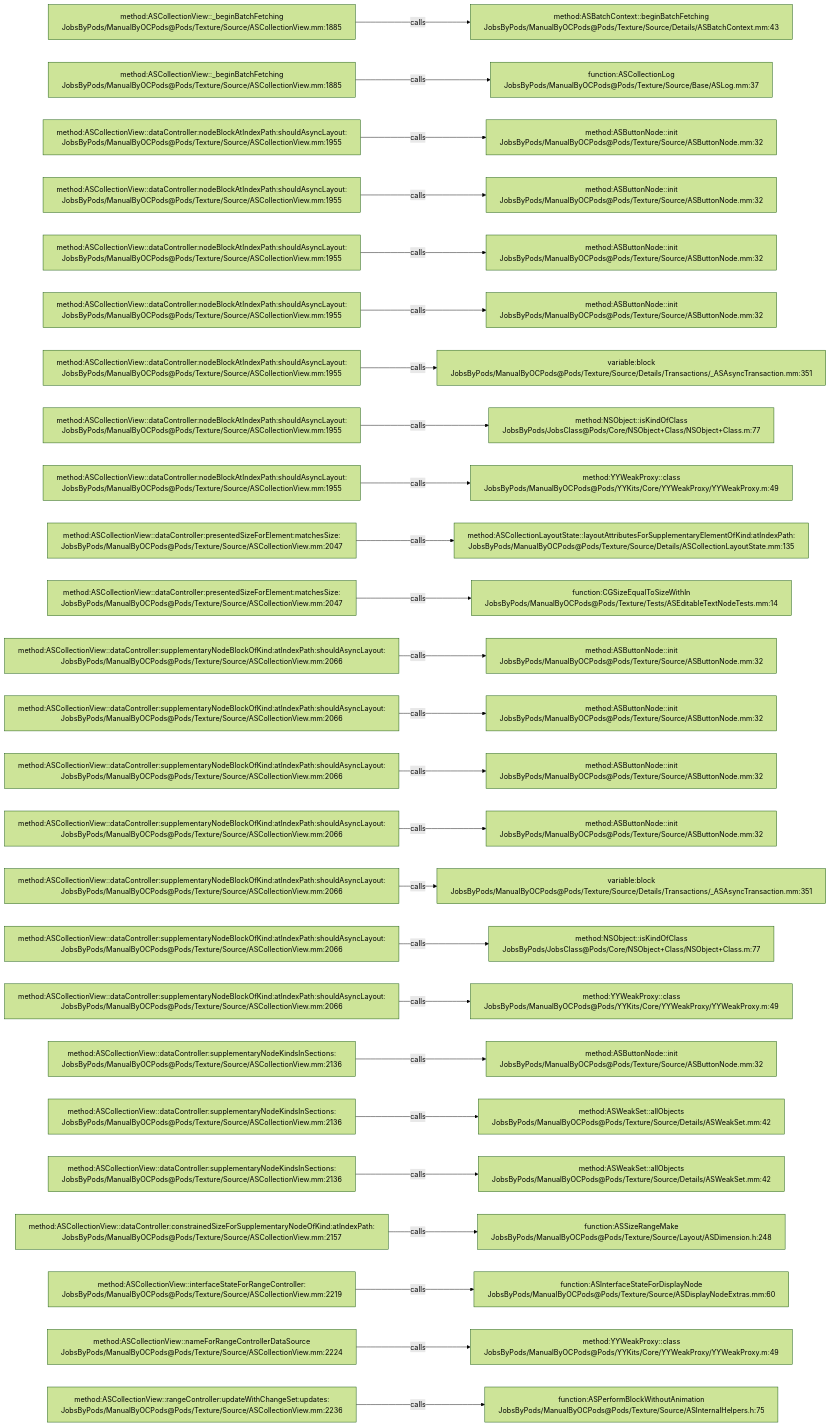
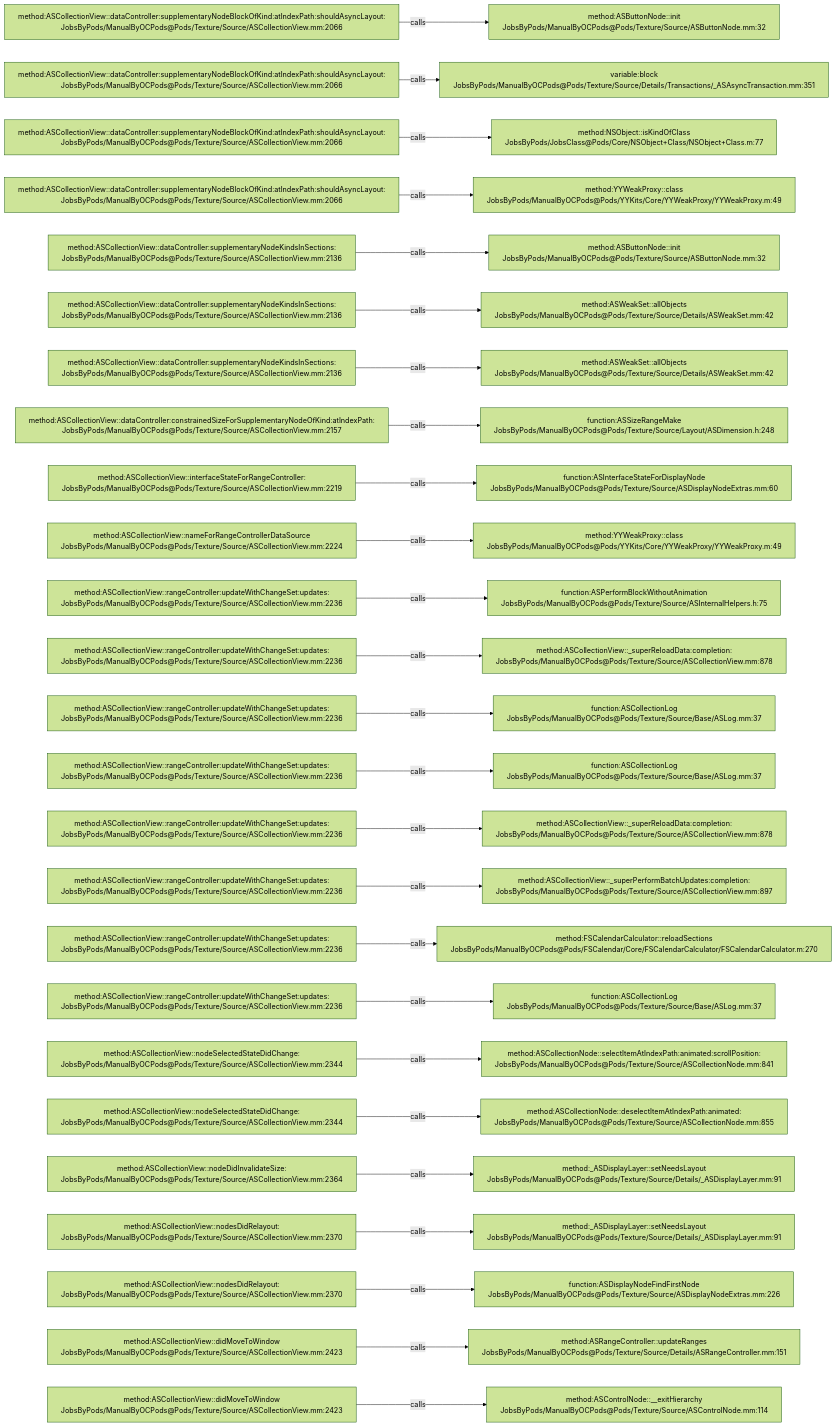
Before and after one commit to JobsKits/JobsOCBaseConfigDemo: the diagram in .codegraph/codegraph.md/graphs/calls-085.md, drawn with Mermaid (forest theme). The commit also changed 296 other files, not shown here.

````diff
--- a/.codegraph/codegraph.md/graphs/calls-085.md
+++ b/.codegraph/codegraph.md/graphs/calls-085.md
@@ -13,78 +13,78 @@
 ```mermaid
 flowchart LR
-  S1["method:ASCollectionView::_beginBatchFetching<br/>JobsByPods/ManualByOCPods@Pods/Texture/Source/ASCollectionView.mm:1885"]
-  T1["method:ASBatchContext::beginBatchFetching<br/>JobsByPods/ManualByOCPods@Pods/Texture/Source/Details/ASBatchContext.mm:43"]
+  S1["method:ASCollectionView::dataController:supplementaryNodeBlockOfKind:atIndexPath:shouldAsyncLayout:<br/>JobsByPods/ManualByOCPods@Pods/Texture/Source/ASCollectionView.mm:2066"]
+  T1["method:ASButtonNode::init<br/>JobsByPods/ManualByOCPods@Pods/Texture/Source/ASButtonNode.mm:32"]
   S1 -->|calls| T1
-  S2["method:ASCollectionView::_beginBatchFetching<br/>JobsByPods/ManualByOCPods@Pods/Texture/Source/ASCollectionView.mm:1885"]
-  T2["function:ASCollectionLog<br/>JobsByPods/ManualByOCPods@Pods/Texture/Source/Base/ASLog.mm:37"]
+  S2["method:ASCollectionView::dataController:supplementaryNodeBlockOfKind:atIndexPath:shouldAsyncLayout:<br/>JobsByPods/ManualByOCPods@Pods/Texture/Source/ASCollectionView.mm:2066"]
+  T2["variable:block<br/>JobsByPods/ManualByOCPods@Pods/Texture/Source/Details/Transactions/_ASAsyncTransaction.mm:351"]
   S2 -->|calls| T2
-  S3["method:ASCollectionView::dataController:nodeBlockAtIndexPath:shouldAsyncLayout:<br/>JobsByPods/ManualByOCPods@Pods/Texture/Source/ASCollectionView.mm:1955"]
-  T3["method:ASButtonNode::init<br/>JobsByPods/ManualByOCPods@Pods/Texture/Source/ASButtonNode.mm:32"]
+  S3["method:ASCollectionView::dataController:supplementaryNodeBlockOfKind:atIndexPath:shouldAsyncLayout:<br/>JobsByPods/ManualByOCPods@Pods/Texture/Source/ASCollectionView.mm:2066"]
+  T3["method:NSObject::isKindOfClass<br/>JobsByPods/JobsClass@Pods/Core/NSObject+Class/NSObject+Class.m:77"]
   S3 -->|calls| T3
-  S4["method:ASCollectionView::dataController:nodeBlockAtIndexPath:shouldAsyncLayout:<br/>JobsByPods/ManualByOCPods@Pods/Texture/Source/ASCollectionView.mm:1955"]
-  T4["method:ASButtonNode::init<br/>JobsByPods/ManualByOCPods@Pods/Texture/Source/ASButtonNode.mm:32"]
+  S4["method:ASCollectionView::dataController:supplementaryNodeBlockOfKind:atIndexPath:shouldAsyncLayout:<br/>JobsByPods/ManualByOCPods@Pods/Texture/Source/ASCollectionView.mm:2066"]
+  T4["method:YYWeakProxy::class<br/>JobsByPods/ManualByOCPods@Pods/YYKits/Core/YYWeakProxy/YYWeakProxy.m:49"]
   S4 -->|calls| T4
-  S5["method:ASCollectionView::dataController:nodeBlockAtIndexPath:shouldAsyncLayout:<br/>JobsByPods/ManualByOCPods@Pods/Texture/Source/ASCollectionView.mm:1955"]
+  S5["method:ASCollectionView::dataController:supplementaryNodeKindsInSections:<br/>JobsByPods/ManualByOCPods@Pods/Texture/Source/ASCollectionView.mm:2136"]
   T5["method:ASButtonNode::init<br/>JobsByPods/ManualByOCPods@Pods/Texture/Source/ASButtonNode.mm:32"]
   S5 -->|calls| T5
-  S6["method:ASCollectionView::dataController:nodeBlockAtIndexPath:shouldAsyncLayout:<br/>JobsByPods/ManualByOCPods@Pods/Texture/Source/ASCollectionView.mm:1955"]
-  T6["method:ASButtonNode::init<br/>JobsByPods/ManualByOCPods@Pods/Texture/Source/ASButtonNode.mm:32"]
+  S6["method:ASCollectionView::dataController:supplementaryNodeKindsInSections:<br/>JobsByPods/ManualByOCPods@Pods/Texture/Source/ASCollectionView.mm:2136"]
+  T6["method:ASWeakSet::allObjects<br/>JobsByPods/ManualByOCPods@Pods/Texture/Source/Details/ASWeakSet.mm:42"]
   S6 -->|calls| T6
-  S7["method:ASCollectionView::dataController:nodeBlockAtIndexPath:shouldAsyncLayout:<br/>JobsByPods/ManualByOCPods@Pods/Texture/Source/ASCollectionView.mm:1955"]
-  T7["variable:block<br/>JobsByPods/ManualByOCPods@Pods/Texture/Source/Details/Transactions/_ASAsyncTransaction.mm:351"]
+  S7["method:ASCollectionView::dataController:supplementaryNodeKindsInSections:<br/>JobsByPods/ManualByOCPods@Pods/Texture/Source/ASCollectionView.mm:2136"]
+  T7["method:ASWeakSet::allObjects<br/>JobsByPods/ManualByOCPods@Pods/Texture/Source/Details/ASWeakSet.mm:42"]
   S7 -->|calls| T7
-  S8["method:ASCollectionView::dataController:nodeBlockAtIndexPath:shouldAsyncLayout:<br/>JobsByPods/ManualByOCPods@Pods/Texture/Source/ASCollectionView.mm:1955"]
-  T8["method:NSObject::isKindOfClass<br/>JobsByPods/JobsClass@Pods/Core/NSObject+Class/NSObject+Class.m:77"]
+  S8["method:ASCollectionView::dataController:constrainedSizeForSupplementaryNodeOfKind:atIndexPath:<br/>JobsByPods/ManualByOCPods@Pods/Texture/Source/ASCollectionView.mm:2157"]
+  T8["function:ASSizeRangeMake<br/>JobsByPods/ManualByOCPods@Pods/Texture/Source/Layout/ASDimension.h:248"]
   S8 -->|calls| T8
-  S9["method:ASCollectionView::dataController:nodeBlockAtIndexPath:shouldAsyncLayout:<br/>JobsByPods/ManualByOCPods@Pods/Texture/Source/ASCollectionView.mm:1955"]
-  T9["method:YYWeakProxy::class<br/>JobsByPods/ManualByOCPods@Pods/YYKits/Core/YYWeakProxy/YYWeakProxy.m:49"]
+  S9["method:ASCollectionView::interfaceStateForRangeController:<br/>JobsByPods/ManualByOCPods@Pods/Texture/Source/ASCollectionView.mm:2219"]
+  T9["function:ASInterfaceStateForDisplayNode<br/>JobsByPods/ManualByOCPods@Pods/Texture/Source/ASDisplayNodeExtras.mm:60"]
   S9 -->|calls| T9
-  S10["method:ASCollectionView::dataController:presentedSizeForElement:matchesSize:<br/>JobsByPods/ManualByOCPods@Pods/Texture/Source/ASCollectionView.mm:2047"]
-  T10["method:ASCollectionLayoutState::layoutAttributesForSupplementaryElementOfKind:atIndexPath:<br/>JobsByPods/ManualByOCPods@Pods/Texture/Source/Details/ASCollectionLayoutState.mm:135"]
+  S10["method:ASCollectionView::nameForRangeControllerDataSource<br/>JobsByPods/ManualByOCPods@Pods/Texture/Source/ASCollectionView.mm:2224"]
+  T10["method:YYWeakProxy::class<br/>JobsByPods/ManualByOCPods@Pods/YYKits/Core/YYWeakProxy/YYWeakProxy.m:49"]
   S10 -->|calls| T10
-  S11["method:ASCollectionView::dataController:presentedSizeForElement:matchesSize:<br/>JobsByPods/ManualByOCPods@Pods/Texture/Source/ASCollectionView.mm:2047"]
-  T11["function:CGSizeEqualToSizeWithIn<br/>JobsByPods/ManualByOCPods@Pods/Texture/Tests/ASEditableTextNodeTests.mm:14"]
+  S11["method:ASCollectionView::rangeController:updateWithChangeSet:updates:<br/>JobsByPods/ManualByOCPods@Pods/Texture/Source/ASCollectionView.mm:2236"]
+  T11["function:ASPerformBlockWithoutAnimation<br/>JobsByPods/ManualByOCPods@Pods/Texture/Source/ASInternalHelpers.h:75"]
   S11 -->|calls| T11
-  S12["method:ASCollectionView::dataController:supplementaryNodeBlockOfKind:atIndexPath:shouldAsyncLayout:<br/>JobsByPods/ManualByOCPods@Pods/Texture/Source/ASCollectionView.mm:2066"]
-  T12["method:ASButtonNode::init<br/>JobsByPods/ManualByOCPods@Pods/Texture/Source/ASButtonNode.mm:32"]
+  S12["method:ASCollectionView::rangeController:updateWithChangeSet:updates:<br/>JobsByPods/ManualByOCPods@Pods/Texture/Source/ASCollectionView.mm:2236"]
+  T12["method:ASCollectionView::_superReloadData:completion:<br/>JobsByPods/ManualByOCPods@Pods/Texture/Source/ASCollectionView.mm:878"]
   S12 -->|calls| T12
-  S13["method:ASCollectionView::dataController:supplementaryNodeBlockOfKind:atIndexPath:shouldAsyncLayout:<br/>JobsByPods/ManualByOCPods@Pods/Texture/Source/ASCollectionView.mm:2066"]
-  T13["method:ASButtonNode::init<br/>JobsByPods/ManualByOCPods@Pods/Texture/Source/ASButtonNode.mm:32"]
+  S13["method:ASCollectionView::rangeController:updateWithChangeSet:updates:<br/>JobsByPods/ManualByOCPods@Pods/Texture/Source/ASCollectionView.mm:2236"]
+  T13["function:ASCollectionLog<br/>JobsByPods/ManualByOCPods@Pods/Texture/Source/Base/ASLog.mm:37"]
   S13 -->|calls| T13
-  S14["method:ASCollectionView::dataController:supplementaryNodeBlockOfKind:atIndexPath:shouldAsyncLayout:<br/>JobsByPods/ManualByOCPods@Pods/Texture/Source/ASCollectionView.mm:2066"]
-  T14["method:ASButtonNode::init<br/>JobsByPods/ManualByOCPods@Pods/Texture/Source/ASButtonNode.mm:32"]
+  S14["method:ASCollectionView::rangeController:updateWithChangeSet:updates:<br/>JobsByPods/ManualByOCPods@Pods/Texture/Source/ASCollectionView.mm:2236"]
+  T14["function:ASCollectionLog<br/>JobsByPods/ManualByOCPods@Pods/Texture/Source/Base/ASLog.mm:37"]
   S14 -->|calls| T14
-  S15["method:ASCollectionView::dataController:supplementaryNodeBlockOfKind:atIndexPath:shouldAsyncLayout:<br/>JobsByPods/ManualByOCPods@Pods/Texture/Source/ASCollectionView.mm:2066"]
-  T15["method:ASButtonNode::init<br/>JobsByPods/ManualByOCPods@Pods/Texture/Source/ASButtonNode.mm:32"]
+  S15["method:ASCollectionView::rangeController:updateWithChangeSet:updates:<br/>JobsByPods/ManualByOCPods@Pods/Texture/Source/ASCollectionView.mm:2236"]
+  T15["method:ASCollectionView::_superReloadData:completion:<br/>JobsByPods/ManualByOCPods@Pods/Texture/Source/ASCollectionView.mm:878"]
   S15 -->|calls| T15
-  S16["method:ASCollectionView::dataController:supplementaryNodeBlockOfKind:atIndexPath:shouldAsyncLayout:<br/>JobsByPods/ManualByOCPods@Pods/Texture/Source/ASCollectionView.mm:2066"]
-  T16["variable:block<br/>JobsByPods/ManualByOCPods@Pods/Texture/Source/Details/Transactions/_ASAsyncTransaction.mm:351"]
+  S16["method:ASCollectionView::rangeController:updateWithChangeSet:updates:<br/>JobsByPods/ManualByOCPods@Pods/Texture/Source/ASCollectionView.mm:2236"]
+  T16["method:ASCollectionView::_superPerformBatchUpdates:completion:<br/>JobsByPods/ManualByOCPods@Pods/Texture/Source/ASCollectionView.mm:897"]
   S16 -->|calls| T16
-  S17["method:ASCollectionView::dataController:supplementaryNodeBlockOfKind:atIndexPath:shouldAsyncLayout:<br/>JobsByPods/ManualByOCPods@Pods/Texture/Source/ASCollectionView.mm:2066"]
-  T17["method:NSObject::isKindOfClass<br/>JobsByPods/JobsClass@Pods/Core/NSObject+Class/NSObject+Class.m:77"]
+  S17["method:ASCollectionView::rangeController:updateWithChangeSet:updates:<br/>JobsByPods/ManualByOCPods@Pods/Texture/Source/ASCollectionView.mm:2236"]
+  T17["method:FSCalendarCalculator::reloadSections<br/>JobsByPods/ManualByOCPods@Pods/FSCalendar/Core/FSCalendarCalculator/FSCalendarCalculator.m:270"]
   S17 -->|calls| T17
-  S18["method:ASCollectionView::dataController:supplementaryNodeBlockOfKind:atIndexPath:shouldAsyncLayout:<br/>JobsByPods/ManualByOCPods@Pods/Texture/Source/ASCollectionView.mm:2066"]
-  T18["method:YYWeakProxy::class<br/>JobsByPods/ManualByOCPods@Pods/YYKits/Core/YYWeakProxy/YYWeakProxy.m:49"]
+  S18["method:ASCollectionView::rangeController:updateWithChangeSet:updates:<br/>JobsByPods/ManualByOCPods@Pods/Texture/Source/ASCollectionView.mm:2236"]
+  T18["function:ASCollectionLog<br/>JobsByPods/ManualByOCPods@Pods/Texture/Source/Base/ASLog.mm:37"]
   S18 -->|calls| T18
-  S19["method:ASCollectionView::dataController:supplementaryNodeKindsInSections:<br/>JobsByPods/ManualByOCPods@Pods/Texture/Source/ASCollectionView.mm:2136"]
-  T19["method:ASButtonNode::init<br/>JobsByPods/ManualByOCPods@Pods/Texture/Source/ASButtonNode.mm:32"]
+  S19["method:ASCollectionView::nodeSelectedStateDidChange:<br/>JobsByPods/ManualByOCPods@Pods/Texture/Source/ASCollectionView.mm:2344"]
+  T19["method:ASCollectionNode::selectItemAtIndexPath:animated:scrollPosition:<br/>JobsByPods/ManualByOCPods@Pods/Texture/Source/ASCollectionNode.mm:841"]
   S19 -->|calls| T19
-  S20["method:ASCollectionView::dataController:supplementaryNodeKindsInSections:<br/>JobsByPods/ManualByOCPods@Pods/Texture/Source/ASCollectionView.mm:2136"]
-  T20["method:ASWeakSet::allObjects<br/>JobsByPods/ManualByOCPods@Pods/Texture/Source/Details/ASWeakSet.mm:42"]
+  S20["method:ASCollectionView::nodeSelectedStateDidChange:<br/>JobsByPods/ManualByOCPods@Pods/Texture/Source/ASCollectionView.mm:2344"]
+  T20["method:ASCollectionNode::deselectItemAtIndexPath:animated:<br/>JobsByPods/ManualByOCPods@Pods/Texture/Source/ASCollectionNode.mm:855"]
   S20 -->|calls| T20
-  S21["method:ASCollectionView::dataController:supplementaryNodeKindsInSections:<br/>JobsByPods/ManualByOCPods@Pods/Texture/Source/ASCollectionView.mm:2136"]
-  T21["method:ASWeakSet::allObjects<br/>JobsByPods/ManualByOCPods@Pods/Texture/Source/Details/ASWeakSet.mm:42"]
+  S21["method:ASCollectionView::nodeDidInvalidateSize:<br/>JobsByPods/ManualByOCPods@Pods/Texture/Source/ASCollectionView.mm:2364"]
+  T21["method:_ASDisplayLayer::setNeedsLayout<br/>JobsByPods/ManualByOCPods@Pods/Texture/Source/Details/_ASDisplayLayer.mm:91"]
   S21 -->|calls| T21
-  S22["method:ASCollectionView::dataController:constrainedSizeForSupplementaryNodeOfKind:atIndexPath:<br/>JobsByPods/ManualByOCPods@Pods/Texture/Source/ASCollectionView.mm:2157"]
-  T22["function:ASSizeRangeMake<br/>JobsByPods/ManualByOCPods@Pods/Texture/Source/Layout/ASDimension.h:248"]
+  S22["method:ASCollectionView::nodesDidRelayout:<br/>JobsByPods/ManualByOCPods@Pods/Texture/Source/ASCollectionView.mm:2370"]
+  T22["method:_ASDisplayLayer::setNeedsLayout<br/>JobsByPods/ManualByOCPods@Pods/Texture/Source/Details/_ASDisplayLayer.mm:91"]
   S22 -->|calls| T22
-  S23["method:ASCollectionView::interfaceStateForRangeController:<br/>JobsByPods/ManualByOCPods@Pods/Texture/Source/ASCollectionView.mm:2219"]
-  T23["function:ASInterfaceStateForDisplayNode<br/>JobsByPods/ManualByOCPods@Pods/Texture/Source/ASDisplayNodeExtras.mm:60"]
+  S23["method:ASCollectionView::nodesDidRelayout:<br/>JobsByPods/ManualByOCPods@Pods/Texture/Source/ASCollectionView.mm:2370"]
+  T23["function:ASDisplayNodeFindFirstNode<br/>JobsByPods/ManualByOCPods@Pods/Texture/Source/ASDisplayNodeExtras.mm:226"]
   S23 -->|calls| T23
-  S24["method:ASCollectionView::nameForRangeControllerDataSource<br/>JobsByPods/ManualByOCPods@Pods/Texture/Source/ASCollectionView.mm:2224"]
-  T24["method:YYWeakProxy::class<br/>JobsByPods/ManualByOCPods@Pods/YYKits/Core/YYWeakProxy/YYWeakProxy.m:49"]
+  S24["method:ASCollectionView::didMoveToWindow<br/>JobsByPods/ManualByOCPods@Pods/Texture/Source/ASCollectionView.mm:2423"]
+  T24["method:ASRangeController::updateRanges<br/>JobsByPods/ManualByOCPods@Pods/Texture/Source/Details/ASRangeController.mm:151"]
   S24 -->|calls| T24
-  S25["method:ASCollectionView::rangeController:updateWithChangeSet:updates:<br/>JobsByPods/ManualByOCPods@Pods/Texture/Source/ASCollectionView.mm:2236"]
-  T25["function:ASPerformBlockWithoutAnimation<br/>JobsByPods/ManualByOCPods@Pods/Texture/Source/ASInternalHelpers.h:75"]
+  S25["method:ASCollectionView::didMoveToWindow<br/>JobsByPods/ManualByOCPods@Pods/Texture/Source/ASCollectionView.mm:2423"]
+  T25["method:ASControlNode::__exitHierarchy<br/>JobsByPods/ManualByOCPods@Pods/Texture/Source/ASControlNode.mm:114"]
   S25 -->|calls| T25
 ```
````
